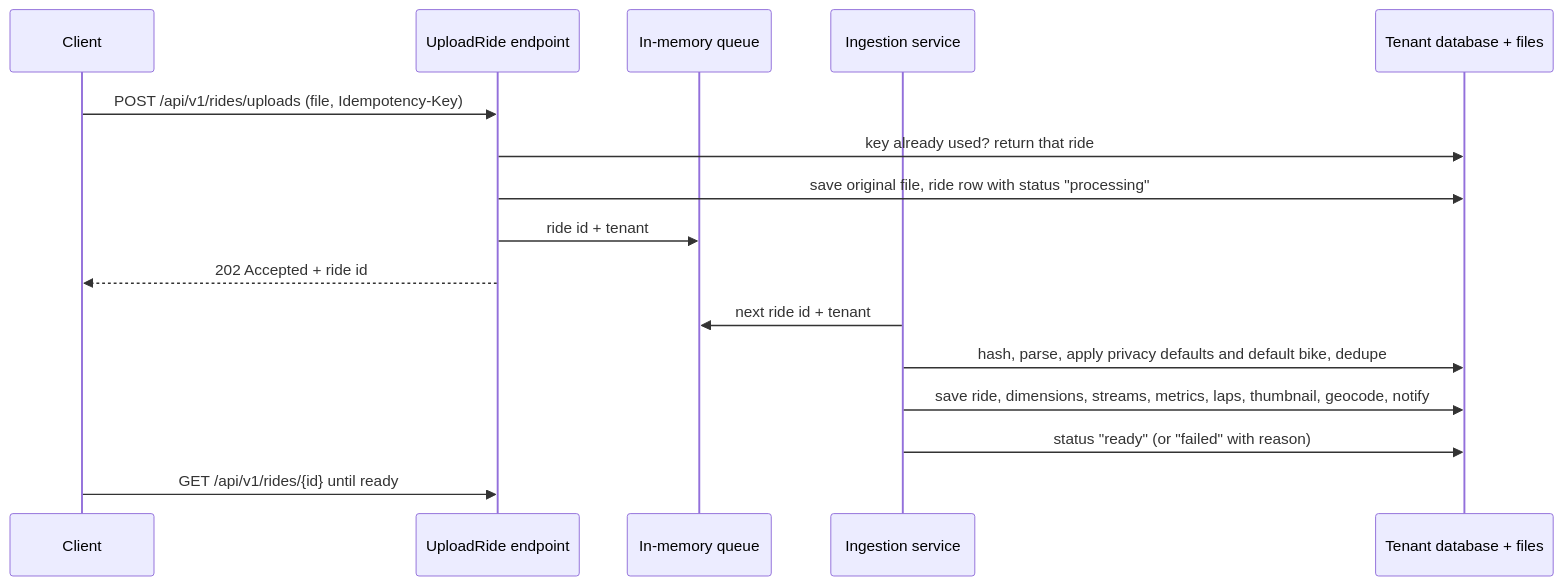
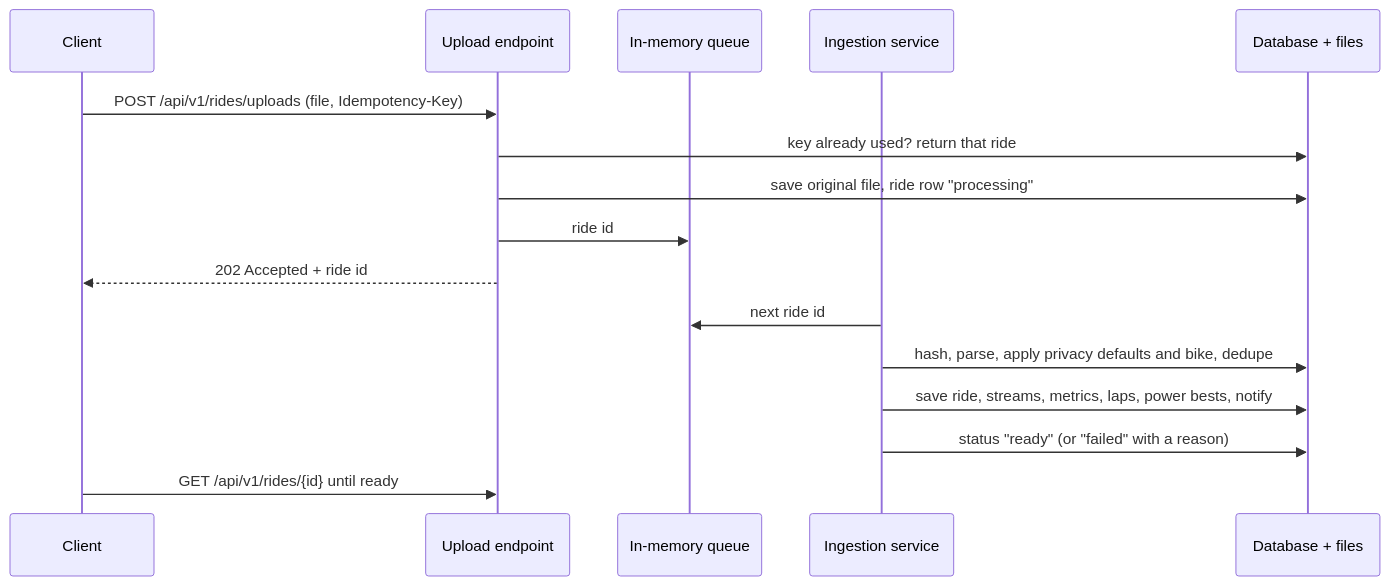
Before and after one commit to zenkraker/Velomine: the second of 3 diagrams in docs/architecture.md, drawn with Mermaid. The commit also changed other lines of this file and 84 other files, not shown here.

````diff
--- a/docs/architecture.md
+++ b/docs/architecture.md
@@ -111,19 +68,19 @@
 ```mermaid
 sequenceDiagram
   participant C as Client
-  participant E as UploadRide endpoint
+  participant E as Upload endpoint
   participant Q as In-memory queue
   participant W as Ingestion service
-  participant S as Tenant database + files
+  participant S as Database + files
 
   C->>E: POST /api/v1/rides/uploads (file, Idempotency-Key)
   E->>S: key already used? return that ride
-  E->>S: save original file, ride row with status "processing"
-  E->>Q: ride id + tenant
+  E->>S: save original file, ride row "processing"
+  E->>Q: ride id
   E-->>C: 202 Accepted + ride id
-  W->>Q: next ride id + tenant
-  W->>S: hash, parse, apply privacy defaults and default bike, dedupe
-  W->>S: save ride, dimensions, streams, metrics, laps, thumbnail, geocode, notify
-  W->>S: status "ready" (or "failed" with reason)
+  W->>Q: next ride id
+  W->>S: hash, parse, apply privacy defaults and bike, dedupe
+  W->>S: save ride, streams, metrics, laps, power bests, notify
+  W->>S: status "ready" (or "failed" with a reason)
   C->>E: GET /api/v1/rides/{id} until ready
 ```
````
